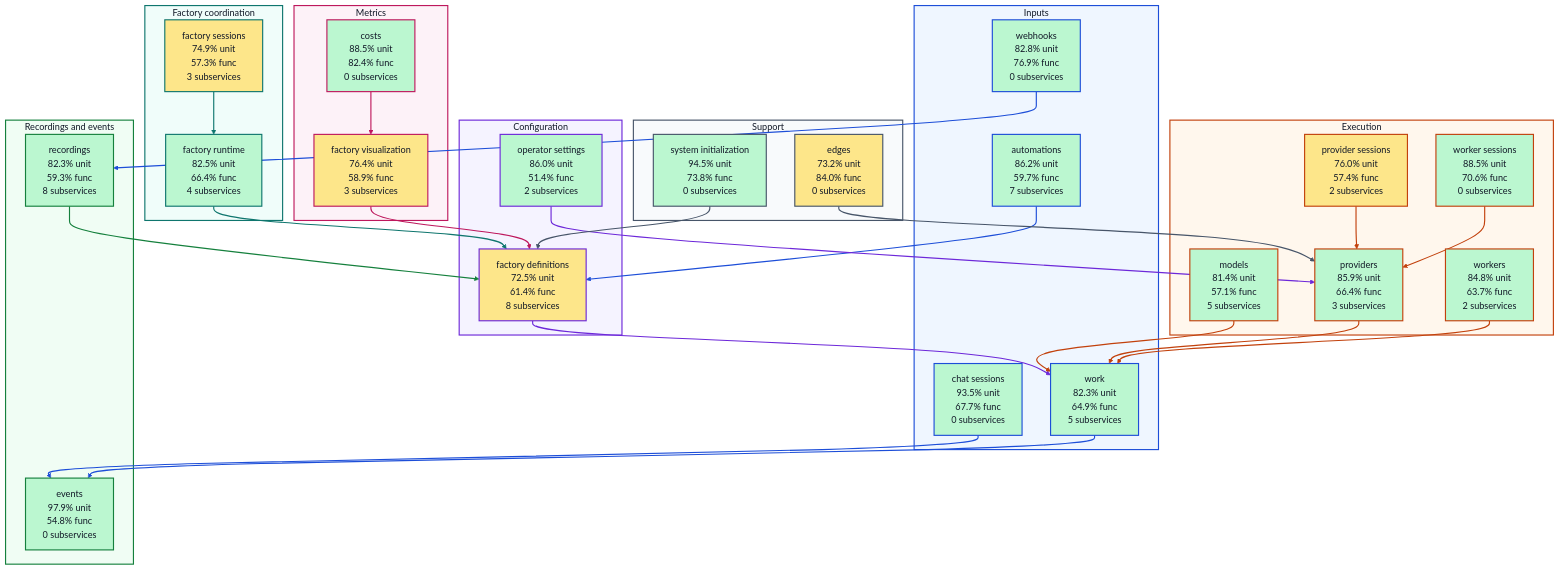
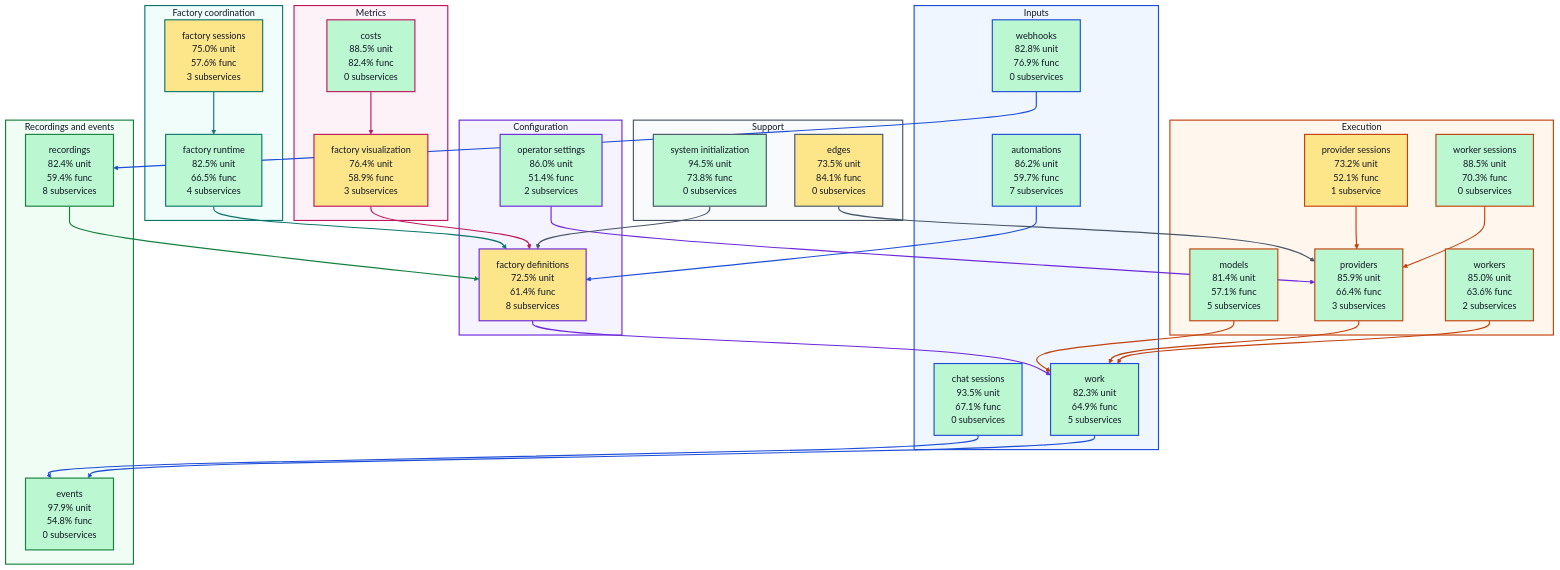
The diagram in docs/architecture/visualizations/high-level-test-coverage.md (portpowered/you-agent-factory), drawn with Mermaid before and after one commit. The commit also changed other lines of this file and 20 other files, not shown here.

Commit message:
docs: refresh backend architecture visualizations

```diff
--- a/docs/architecture/visualizations/high-level-test-coverage.md
+++ b/docs/architecture/visualizations/high-level-test-coverage.md
@@ -12,7 +12,7 @@
 flowchart TB
   subgraph input["Inputs"]
     s_services_automations["automations<br/>86.2% unit<br/>59.7% func<br/>7 subservices"]
-    s_services_chat_sessions["chat sessions<br/>93.5% unit<br/>67.7% func<br/>0 subservices"]
+    s_services_chat_sessions["chat sessions<br/>93.5% unit<br/>67.1% func<br/>0 subservices"]
     s_services_webhooks["webhooks<br/>82.8% unit<br/>76.9% func<br/>0 subservices"]
     s_services_work["work<br/>82.3% unit<br/>64.9% func<br/>5 subservices"]
   end
@@ -21,26 +21,26 @@
     s_services_operator_settings["operator settings<br/>86.0% unit<br/>51.4% func<br/>2 subservices"]
   end
   subgraph coordination["Factory coordination"]
-    s_services_factory_runtime["factory runtime<br/>82.5% unit<br/>66.4% func<br/>4 subservices"]
-    s_services_factory_sessions["factory sessions<br/>74.9% unit<br/>57.3% func<br/>3 subservices"]
+    s_services_factory_runtime["factory runtime<br/>82.5% unit<br/>66.5% func<br/>4 subservices"]
+    s_services_factory_sessions["factory sessions<br/>75.0% unit<br/>57.6% func<br/>3 subservices"]
   end
   subgraph execution["Execution"]
     s_services_models["models<br/>81.4% unit<br/>57.1% func<br/>5 subservices"]
-    s_services_provider_sessions["provider sessions<br/>76.0% unit<br/>57.4% func<br/>2 subservices"]
+    s_services_provider_sessions["provider sessions<br/>73.2% unit<br/>52.1% func<br/>1 subservice"]
     s_services_providers["providers<br/>85.9% unit<br/>66.4% func<br/>3 subservices"]
-    s_services_worker_sessions["worker sessions<br/>88.5% unit<br/>70.6% func<br/>0 subservices"]
-    s_services_workers["workers<br/>84.8% unit<br/>63.7% func<br/>2 subservices"]
+    s_services_worker_sessions["worker sessions<br/>88.5% unit<br/>70.3% func<br/>0 subservices"]
+    s_services_workers["workers<br/>85.0% unit<br/>63.6% func<br/>2 subservices"]
   end
   subgraph recordings["Recordings and events"]
     s_services_events["events<br/>97.9% unit<br/>54.8% func<br/>0 subservices"]
-    s_services_recordings["recordings<br/>82.3% unit<br/>59.3% func<br/>8 subservices"]
+    s_services_recordings["recordings<br/>82.4% unit<br/>59.4% func<br/>8 subservices"]
   end
   subgraph metrics["Metrics"]
     s_services_costs["costs<br/>88.5% unit<br/>82.4% func<br/>0 subservices"]
     s_services_factory_visualization["factory visualization<br/>76.4% unit<br/>58.9% func<br/>3 subservices"]
   end
   subgraph support["Support"]
-    s_services_edges["edges<br/>73.2% unit<br/>84.0% func<br/>0 subservices"]
+    s_services_edges["edges<br/>73.5% unit<br/>84.1% func<br/>0 subservices"]
     s_services_system_initialization["system initialization<br/>94.5% unit<br/>73.8% func<br/>0 subservices"]
   end
   s_services_automations --> s_services_factory_definitions
```
